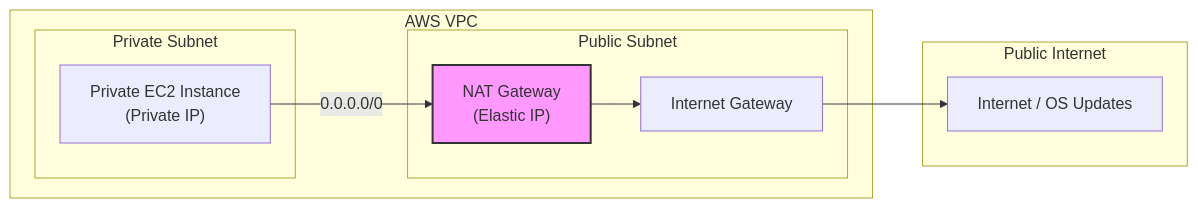
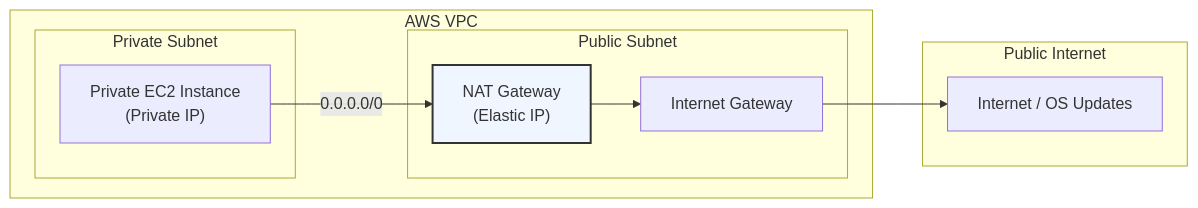
The diagram in domain_3_infrastructure_security/aws_nat_gateway.md (Root-Shells/aws_scs_udemy), drawn with Mermaid before and after one commit. The commit also changed 2 other files, not shown here.

Commit message:
fixed mermaid diagrams

````diff
--- a/domain_3_infrastructure_security/aws_nat_gateway.md
+++ b/domain_3_infrastructure_security/aws_nat_gateway.md
@@ -36,23 +36,23 @@
 ```mermaid
 graph LR
     subgraph "Public Internet"
         WWW["Internet / OS Updates"]
     end
 
     subgraph "AWS VPC"
         subgraph "Public Subnet"
             IGW["Internet Gateway"]
             NAT["NAT Gateway<br>(Elastic IP)"]
         end
 
         subgraph "Private Subnet"
             PrivateEC2["Private EC2 Instance<br>(Private IP)"]
         end
     end
 
     PrivateEC2 -->|0.0.0.0/0| NAT
     NAT --> IGW
     IGW --> WWW
 
-    style NAT fill:#f9f,stroke:#333,stroke-width:2px
+    style NAT fill:#eff6ff,stroke:#333,stroke-width:2px
 ```
````
